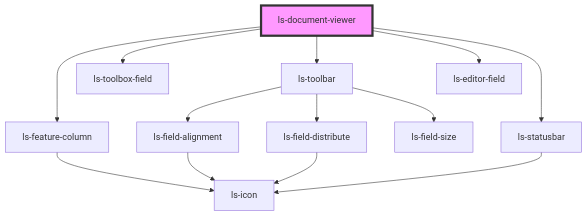
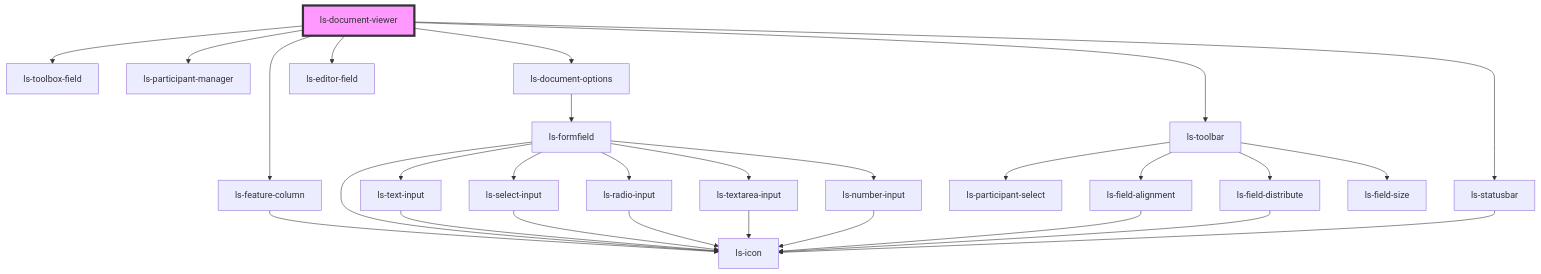
Before and after one commit to legalesign/ls-document-viewer: the diagram in src/components/ls-document-viewer/readme.md, drawn with Mermaid. The commit also changed other lines of this file and 52 other files, not shown here.

````diff
--- a/src/components/ls-document-viewer/readme.md
+++ b/src/components/ls-document-viewer/readme.md
@@ -91,16 +94,31 @@
 ```mermaid
 graph TD;
   ls-document-viewer --> ls-feature-column
   ls-document-viewer --> ls-toolbox-field
+  ls-document-viewer --> ls-participant-manager
+  ls-document-viewer --> ls-document-options
   ls-document-viewer --> ls-toolbar
   ls-document-viewer --> ls-editor-field
   ls-document-viewer --> ls-statusbar
   ls-feature-column --> ls-icon
+  ls-document-options --> ls-formfield
+  ls-formfield --> ls-icon
+  ls-formfield --> ls-text-input
+  ls-formfield --> ls-select-input
+  ls-formfield --> ls-radio-input
+  ls-formfield --> ls-textarea-input
+  ls-formfield --> ls-number-input
+  ls-text-input --> ls-icon
+  ls-select-input --> ls-icon
+  ls-radio-input --> ls-icon
+  ls-textarea-input --> ls-icon
+  ls-number-input --> ls-icon
+  ls-toolbar --> ls-participant-select
   ls-toolbar --> ls-field-alignment
   ls-toolbar --> ls-field-distribute
   ls-toolbar --> ls-field-size
   ls-field-alignment --> ls-icon
   ls-field-distribute --> ls-icon
   ls-statusbar --> ls-icon
   style ls-document-viewer fill:#f9f,stroke:#333,stroke-width:4px
 ```
````
